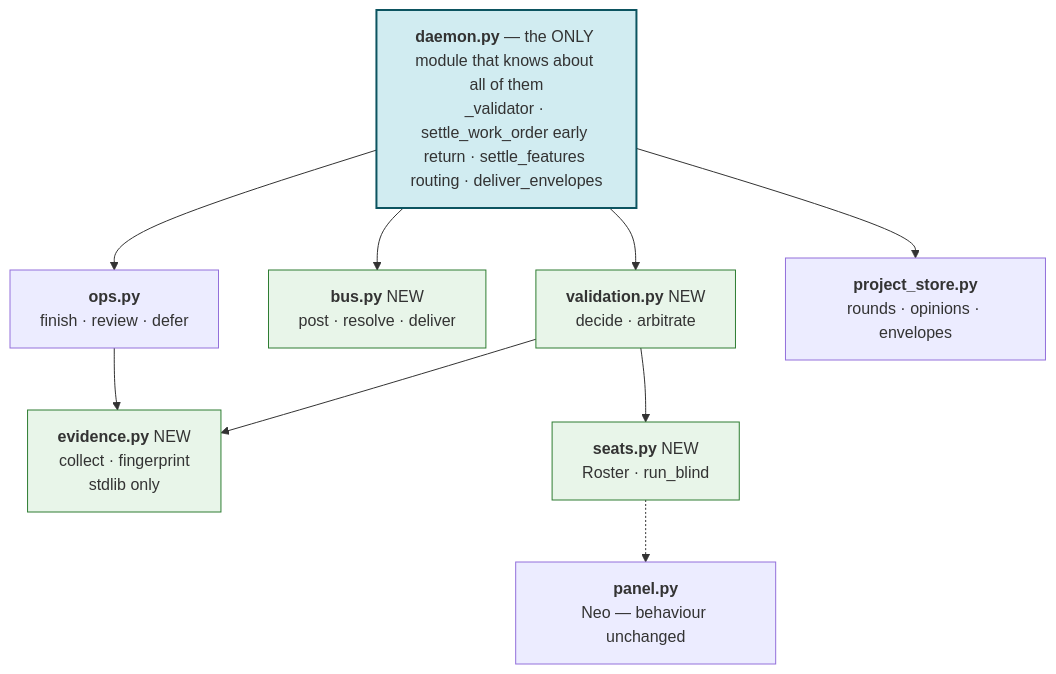
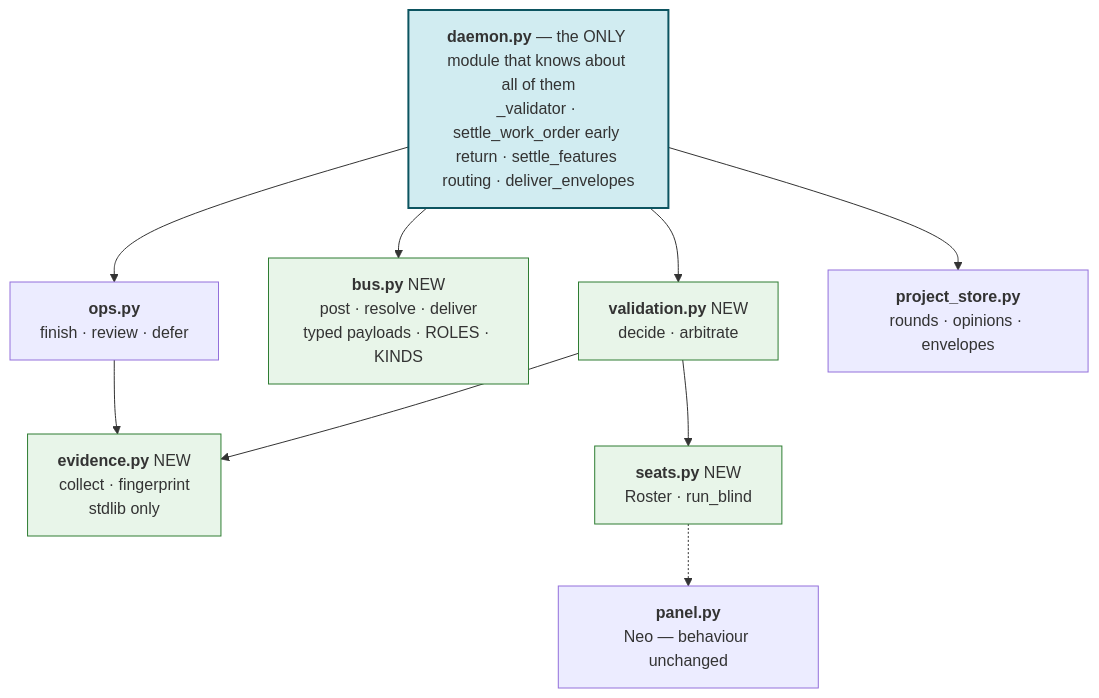
Before and after one commit to gonandrap/agentic_os: diagram 12 of 14 in docs/superpowers/specs/2026-08-08-validation-panel-plan.md, drawn with Mermaid. The commit also changed other lines of this file and 1 other file, not shown here.

````diff
--- a/docs/superpowers/specs/2026-08-08-validation-panel-plan.md
+++ b/docs/superpowers/specs/2026-08-08-validation-panel-plan.md
@@ -315,27 +409,27 @@
 ```mermaid
 flowchart TB
     D["<b>daemon.py</b> — the ONLY module that knows about all of them<br/>_validator · settle_work_order early return · settle_features routing · deliver_envelopes"]
 
     OPS["<b>ops.py</b><br/>finish · review · defer"]
-    BUSM["<b>bus.py</b> NEW<br/>post · resolve · deliver"]
+    BUSM["<b>bus.py</b> NEW<br/>post · resolve · deliver<br/>typed payloads · ROLES · KINDS"]
     VAL["<b>validation.py</b> NEW<br/>decide · arbitrate"]
     PS["<b>project_store.py</b><br/>rounds · opinions · envelopes"]
     EV["<b>evidence.py</b> NEW<br/>collect · fingerprint<br/>stdlib only"]
     SE["<b>seats.py</b> NEW<br/>Roster · run_blind"]
     NP["<b>panel.py</b><br/>Neo — behaviour unchanged"]
 
     D --> OPS
     D --> BUSM
     D --> VAL
     D --> PS
     OPS --> EV
     VAL --> SE
     VAL --> EV
     SE -.-> NP
 
     style D fill:#d1ecf1,stroke:#0c5460,stroke-width:2px
     style BUSM fill:#e8f5e9,stroke:#2e7d32
     style VAL fill:#e8f5e9,stroke:#2e7d32
     style EV fill:#e8f5e9,stroke:#2e7d32
     style SE fill:#e8f5e9,stroke:#2e7d32
 ```
````
